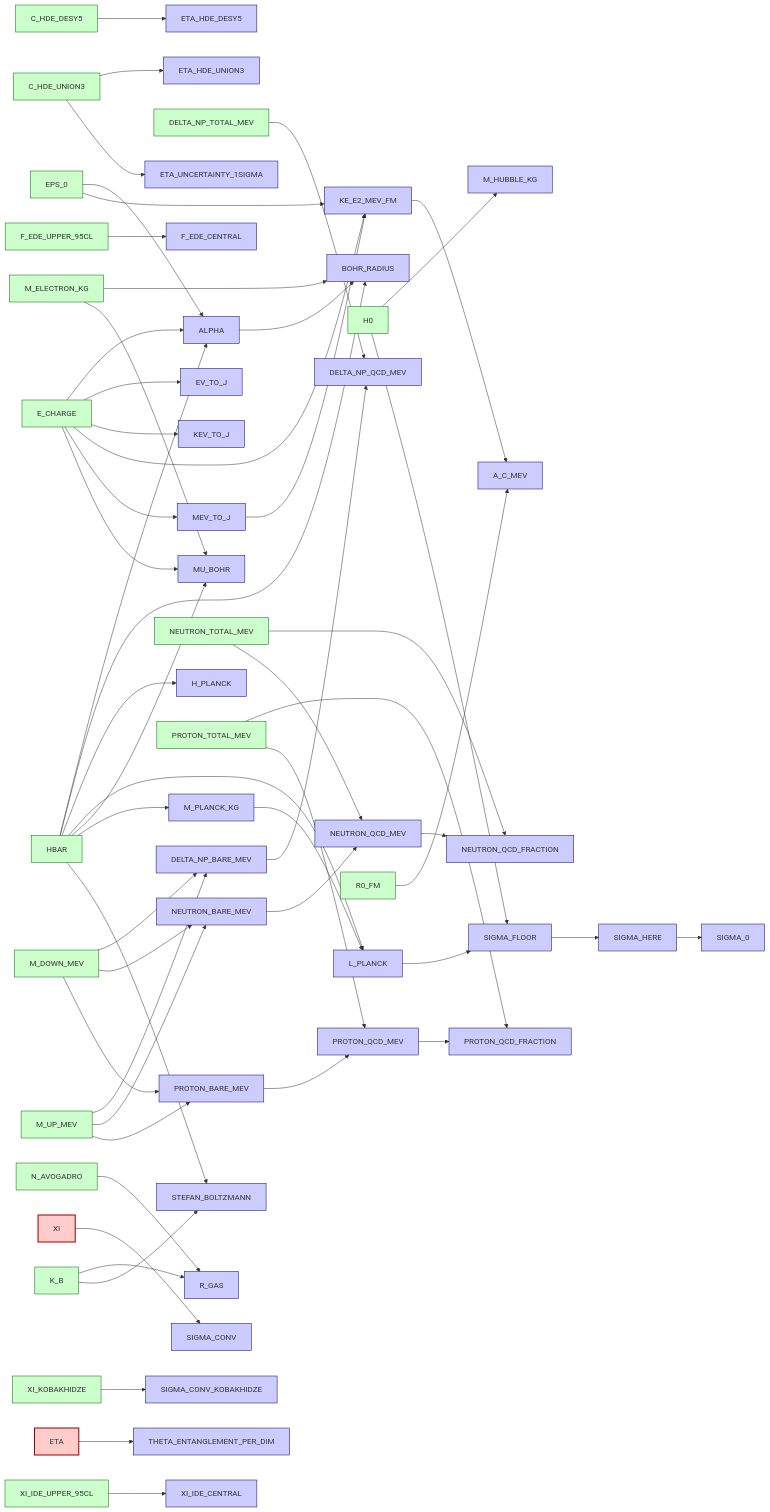
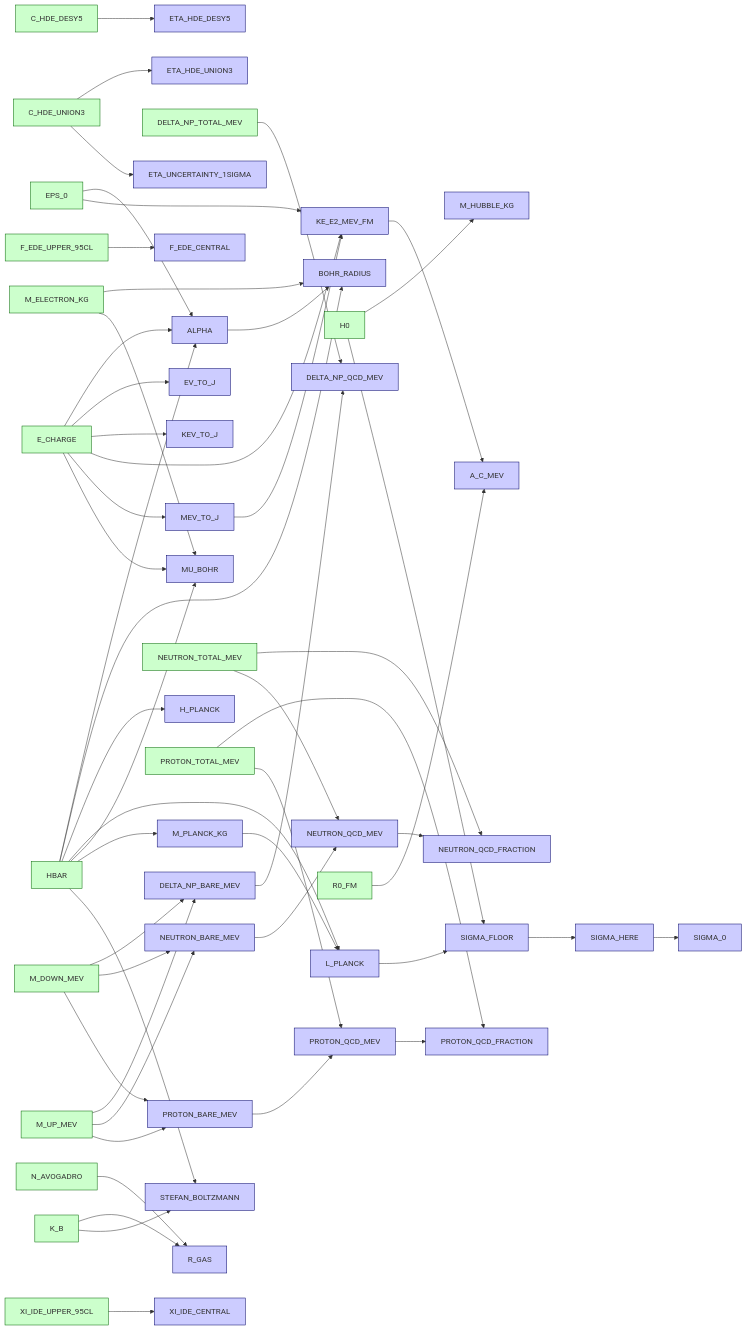
Before and after one commit to aaronsrhodes2/sigma-ground: the diagram in sigma_ground/field/PROVENANCE.md, drawn with Mermaid. The commit also changed other lines of this file and 17 other files, not shown here.

````diff
--- a/sigma_ground/field/PROVENANCE.md
+++ b/sigma_ground/field/PROVENANCE.md
@@ -52,7 +52,6 @@
     DELTA_NP_QCD_MEV["DELTA_NP_QCD_MEV"]:::derived
     DELTA_NP_TOTAL_MEV["DELTA_NP_TOTAL_MEV"]:::measured
     EPS_0["EPS_0"]:::measured
-    ETA["ETA"]:::freeinput
     ETA_HDE_DESY5["ETA_HDE_DESY5"]:::derived
     ETA_HDE_UNION3["ETA_HDE_UNION3"]:::derived
     ETA_UNCERTAINTY_1SIGMA["ETA_UNCERTAINTY_1SIGMA"]:::derived
@@ -86,16 +85,11 @@
     R0_FM["R0_FM"]:::measured
     R_GAS["R_GAS"]:::derived
     SIGMA_0["SIGMA_0"]:::derived
-    SIGMA_CONV["SIGMA_CONV"]:::derived
-    SIGMA_CONV_KOBAKHIDZE["SIGMA_CONV_KOBAKHIDZE"]:::derived
     SIGMA_FLOOR["SIGMA_FLOOR"]:::derived
     SIGMA_HERE["SIGMA_HERE"]:::derived
     STEFAN_BOLTZMANN["STEFAN_BOLTZMANN"]:::derived
-    THETA_ENTANGLEMENT_PER_DIM["THETA_ENTANGLEMENT_PER_DIM"]:::derived
-    XI["XI"]:::freeinput
     XI_IDE_CENTRAL["XI_IDE_CENTRAL"]:::derived
     XI_IDE_UPPER_95CL["XI_IDE_UPPER_95CL"]:::measured
-    XI_KOBAKHIDZE["XI_KOBAKHIDZE"]:::measured
 
     EPS_0 --> ALPHA
     E_CHARGE --> ALPHA
@@ -142,13 +136,10 @@
     K_B --> R_GAS
     N_AVOGADRO --> R_GAS
     SIGMA_HERE --> SIGMA_0
-    XI --> SIGMA_CONV
-    XI_KOBAKHIDZE --> SIGMA_CONV_KOBAKHIDZE
     H0 --> SIGMA_FLOOR
     L_PLANCK --> SIGMA_FLOOR
     SIGMA_FLOOR --> SIGMA_HERE
     HBAR --> STEFAN_BOLTZMANN
     K_B --> STEFAN_BOLTZMANN
-    ETA --> THETA_ENTANGLEMENT_PER_DIM
     XI_IDE_UPPER_95CL --> XI_IDE_CENTRAL
 ```
````
